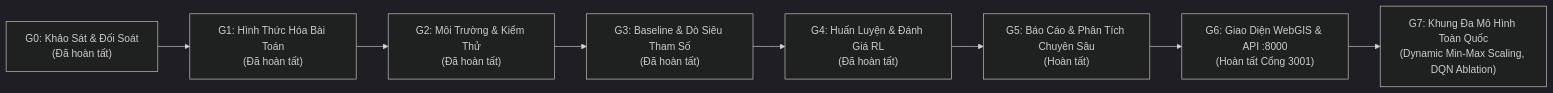
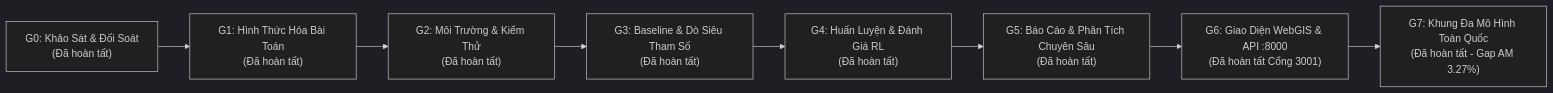
Before and after one commit to philipsgn/HotWAY: the first of 2 diagrams in PLAN.md, drawn with Mermaid (dark theme). The commit also changed other lines of this file and 8 other files, not shown here.

````diff
--- a/PLAN.md
+++ b/PLAN.md
@@ -12,10 +12,10 @@
 ```mermaid
 flowchart LR
     G0["G0: Khảo Sát & Đối Soát\n(Đã hoàn tất)"] --> G1["G1: Hình Thức Hóa Bài Toán\n(Đã hoàn tất)"]
     G1 --> G2["G2: Môi Trường & Kiểm Thử\n(Đã hoàn tất)"]
     G2 --> G3["G3: Baseline & Dò Siêu Tham Số\n(Đã hoàn tất)"]
     G3 --> G4["G4: Huấn Luyện & Đánh Giá RL\n(Đã hoàn tất)"]
-    G4 --> G5["G5: Báo Cáo & Phân Tích Chuyên Sâu\n(Hoàn tất)"]
-    G5 --> G6["G6: Giao Diện WebGIS & API :8000\n(Hoàn tất Cổng 3001)"]
-    G6 --> G7["G7: Khung Đa Mô Hình Toàn Quốc\n(Dynamic Min-Max Scaling, DQN Ablation)"]
+    G4 --> G5["G5: Báo Cáo & Phân Tích Chuyên Sâu\n(Đã hoàn tất)"]
+    G5 --> G6["G6: Giao Diện WebGIS & API :8000\n(Đã hoàn tất Cổng 3001)"]
+    G6 --> G7["G7: Khung Đa Mô Hình Toàn Quốc\n(Đã hoàn tất - Gap AM 3.27%)"]
 ```
````
